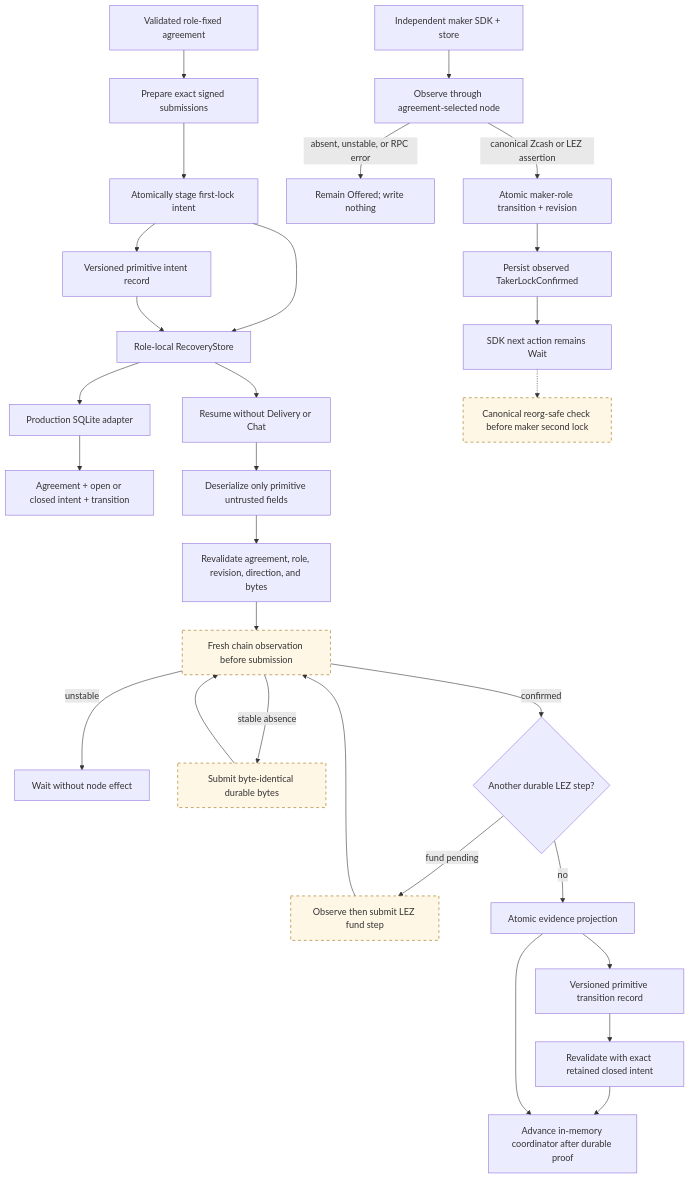
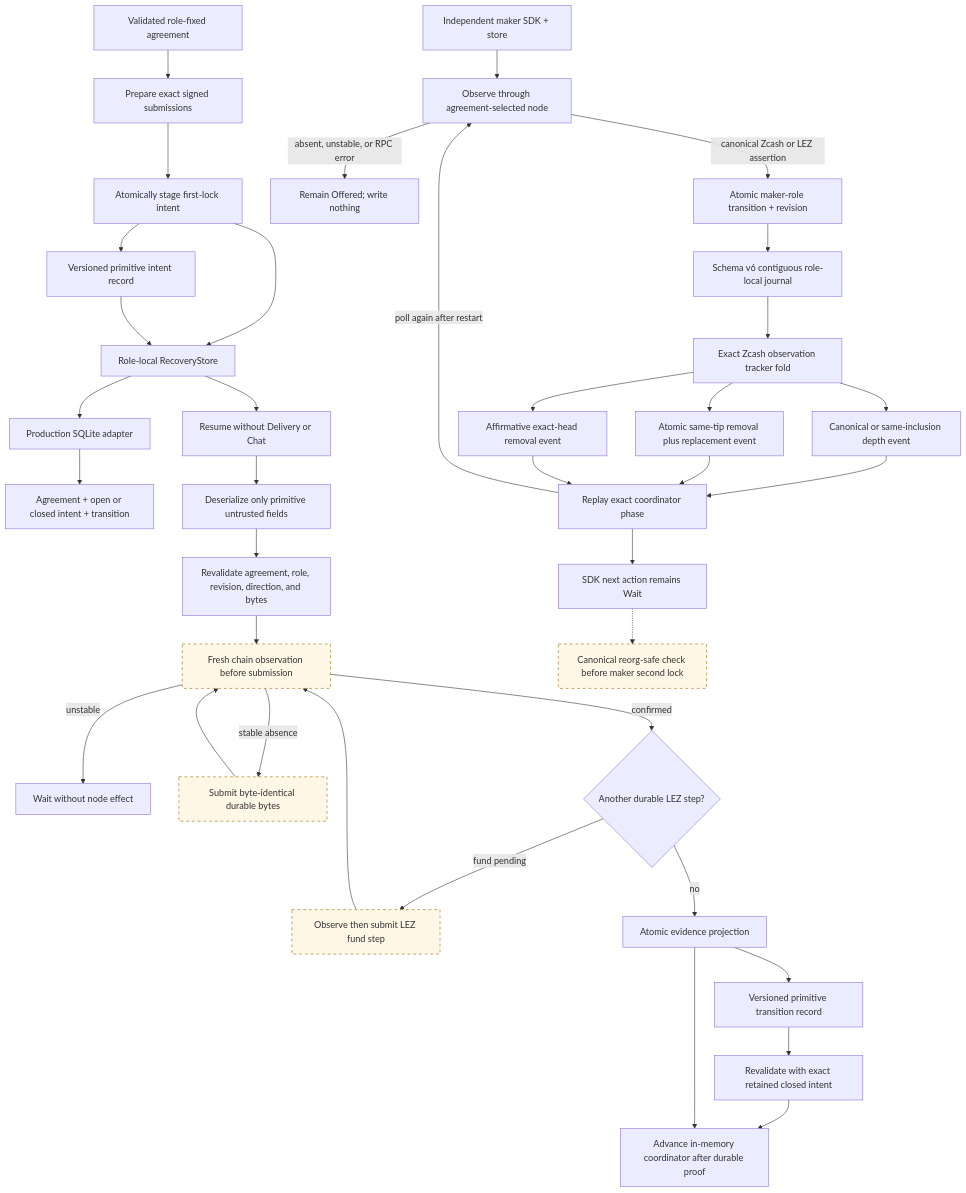
The diagram in docs/architecture/0017-crash-safe-first-lock-intent.md (gateway-fm/lez-atomic-swaps), drawn with Mermaid before and after one commit. The commit also changed other lines of this file and 18 other files, not shown here.

Commit message:
feat: journal canonical maker observations

````diff
--- a/docs/architecture/0017-crash-safe-first-lock-intent.md
+++ b/docs/architecture/0017-crash-safe-first-lock-intent.md
@@ -7,35 +7,43 @@
 ```mermaid
 flowchart TB
     Accepted["Validated role-fixed agreement"] --> Prepare["Prepare exact signed submissions"]
     Prepare --> Stage["Atomically stage first-lock intent"]
     Stage --> Durable["Role-local RecoveryStore"]
     Stage --> Encode["Versioned primitive intent record"]
     Encode --> Durable
     Durable --> SQLite["Production SQLite adapter"]
     SQLite --> Tables["Agreement + open or closed intent + transition"]
     Durable --> Restart["Resume without Delivery or Chat"]
     Restart --> Decode["Deserialize only primitive untrusted fields"]
     Decode --> Revalidate["Revalidate agreement, role, revision, direction, and bytes"]
     Revalidate --> Observe["Fresh chain observation before submission"]
     Observe -->|"unstable"| Wait["Wait without node effect"]
     Observe -->|"stable absence"| Submit["Submit byte-identical durable bytes"]
     Submit --> Observe
     Observe -->|"confirmed"| Next{"Another durable LEZ step?"}
     Next -->|"fund pending"| Fund["Observe then submit LEZ fund step"]
     Fund --> Observe
     Next -->|"no"| Projection["Atomic evidence projection"]
     Projection --> Transition["Versioned primitive transition record"]
     Transition --> ClosedIntent["Revalidate with exact retained closed intent"]
     ClosedIntent --> Core
     Projection --> Core["Advance in-memory coordinator after durable proof"]
 
     Maker["Independent maker SDK + store"] --> MakerObserve["Observe through agreement-selected node"]
     MakerObserve -->|"absent, unstable, or RPC error"| MakerWait["Remain Offered; write nothing"]
     MakerObserve -->|"canonical Zcash or LEZ assertion"| MakerProjection["Atomic maker-role transition + revision"]
-    MakerProjection --> MakerCore["Persist observed TakerLockConfirmed"]
+    MakerProjection --> Journal["Schema v6 contiguous role-local journal"]
+    Journal --> Tracker["Exact Zcash observation tracker fold"]
+    Tracker --> Canonical["Canonical or same-inclusion depth event"]
+    Tracker --> Replaced["Atomic same-tip removal plus replacement event"]
+    Tracker --> Removed["Affirmative exact-head removal event"]
+    Canonical --> MakerCore["Replay exact coordinator phase"]
+    Replaced --> MakerCore
+    Removed --> MakerCore
+    MakerCore -->|"poll again after restart"| MakerObserve
     MakerCore --> Gate["SDK next action remains Wait"]
     Gate -.-> Fresh["Canonical reorg-safe check before maker second lock"]
 
     classDef planned stroke-dasharray: 5 5,fill:#fff7e6,stroke:#9a6700;
     class Observe,Submit,Fund,Fresh planned;
 ```
````
